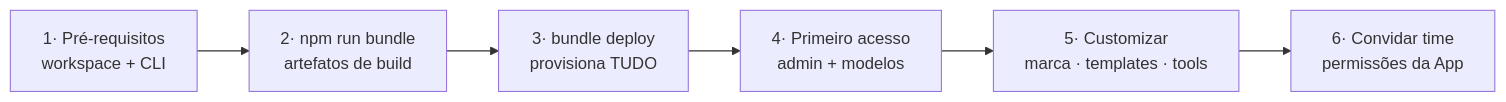
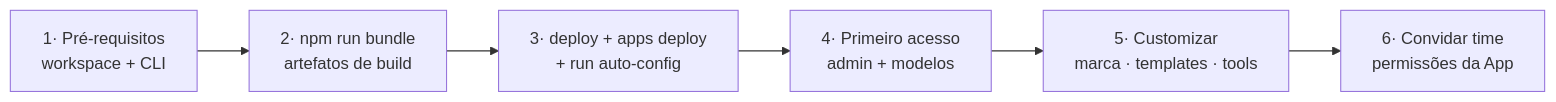
The diagram in docs/onboarding-deployment.md (gilsonreisf/ai-prism), drawn with Mermaid before and after one commit. The commit also changed other lines of this file and 3 other files, not shown here.

````diff
--- a/docs/onboarding-deployment.md
+++ b/docs/onboarding-deployment.md
@@ -16,8 +16,8 @@
 ```mermaid
 flowchart LR
     A["1· Pré-requisitos<br/>workspace + CLI"] --> B["2· npm run bundle<br/>artefatos de build"]
-    B --> C["3· bundle deploy<br/>provisiona TUDO"]
+    B --> C["3· deploy + apps deploy<br/>+ run auto-config"]
     C --> D["4· Primeiro acesso<br/>admin + modelos"]
     D --> E["5· Customizar<br/>marca · templates · tools"]
     E --> F["6· Convidar time<br/>permissões da App"]
 ```
````
